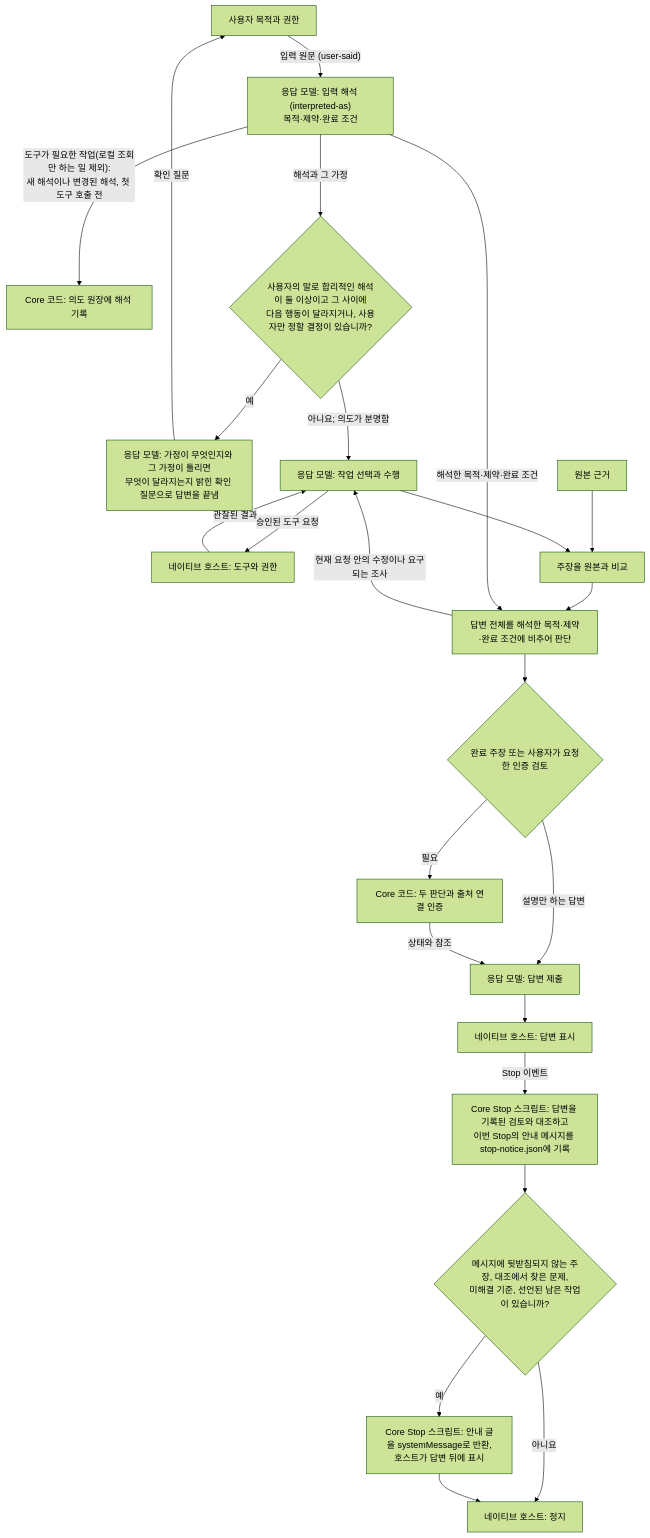
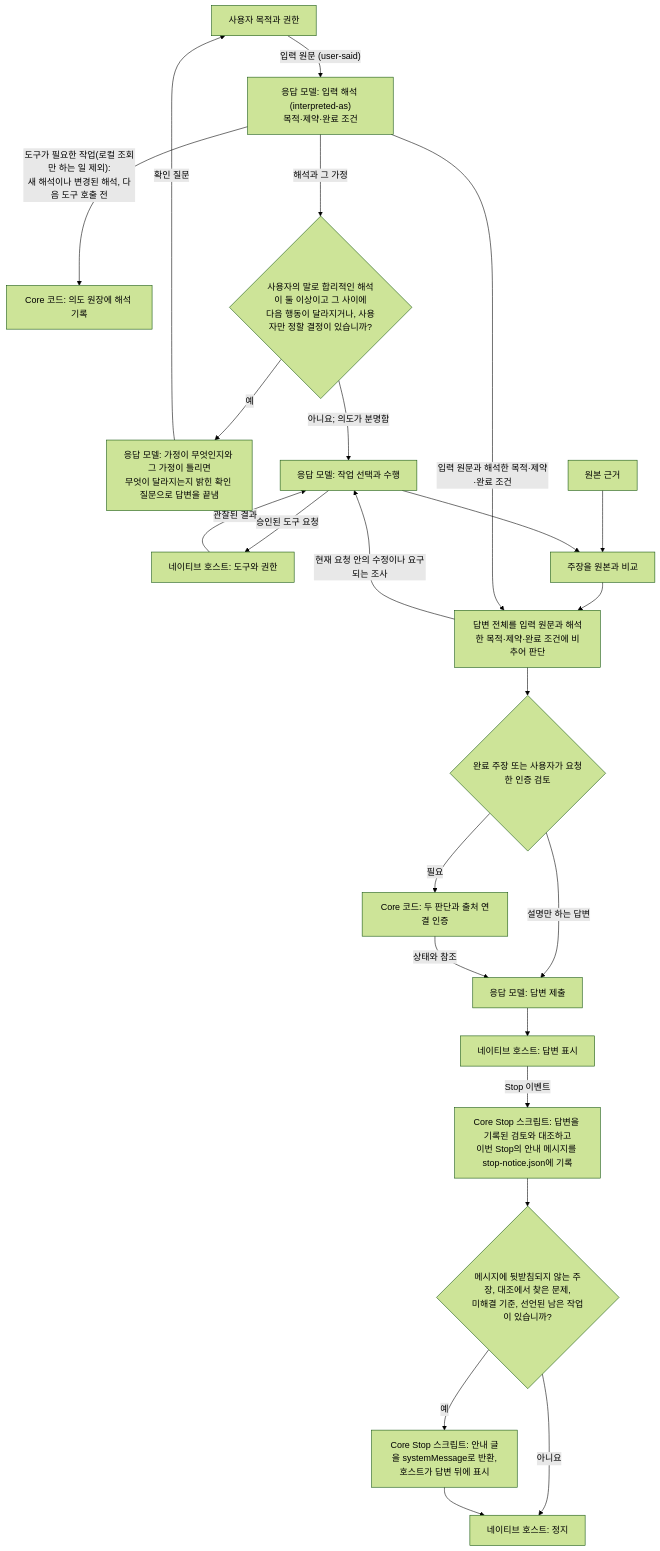
The second of 7 diagrams in architecture_ko.md (AidALL/ghost-alice), drawn with Mermaid (forest theme) before and after one commit. The commit also changed 6 other files, not shown here.

````diff
--- a/architecture_ko.md
+++ b/architecture_ko.md
@@ -49,26 +49,26 @@
 ```mermaid
 flowchart TD
   U["사용자 목적과 권한"] -->|"입력 원문 (user-said)"| I["응답 모델: 입력 해석 (interpreted-as)<br/>목적·제약·완료 조건"]
-  I -->|"도구가 필요한 작업(로컬 조회만 하는 일 제외):<br/>새 해석이나 변경된 해석, 첫 도구 호출 전"| L["Core 코드: 의도 원장에 해석 기록"]
+  I -->|"도구가 필요한 작업(로컬 조회만 하는 일 제외):<br/>새 해석이나 변경된 해석, 다음 도구 호출 전"| L["Core 코드: 의도 원장에 해석 기록"]
   I -->|해석과 그 가정| Q{"사용자의 말로 합리적인 해석이 둘 이상이고 그 사이에<br/>다음 행동이 달라지거나, 사용자만 정할 결정이 있습니까?"}
   Q -->|예| K["응답 모델: 가정이 무엇인지와 그 가정이 틀리면<br/>무엇이 달라지는지 밝힌 확인 질문으로 답변을 끝냄"]
   K -->|확인 질문| U
   Q -->|"아니요; 의도가 분명함"| M["응답 모델: 작업 선택과 수행"]
   M -->|승인된 도구 요청| T["네이티브 호스트: 도구와 권한"]
   T -->|관찰된 결과| M
   O["원본 근거"] --> J["주장을 원본과 비교"]
   M --> J
-  J --> W["답변 전체를 해석한 목적·제약·완료 조건에 비추어 판단"]
-  I -->|"해석한 목적·제약·완료 조건"| W
+  J --> W["답변 전체를 입력 원문과 해석한 목적·제약·완료 조건에 비추어 판단"]
+  I -->|"입력 원문과 해석한 목적·제약·완료 조건"| W
   W -->|현재 요청 안의 수정이나 요구되는 조사| M
   W --> R{"완료 주장 또는 사용자가 요청한 인증 검토"}
   R -->|필요| C["Core 코드: 두 판단과 출처 연결 인증"]
   R -->|설명만 하는 답변| D["응답 모델: 답변 제출"]
   C -->|상태와 참조| D
   D --> H["네이티브 호스트: 답변 표시"]
   H -->|Stop 이벤트| SR["Core Stop 스크립트: 답변을 기록된 검토와 대조하고<br/>이번 Stop의 안내 메시지를 stop-notice.json에 기록"]
   SR --> S{"메시지에 뒷받침되지 않는 주장, 대조에서 찾은 문제,<br/>미해결 기준, 선언된 남은 작업이 있습니까?"}
   S -->|예| N["Core Stop 스크립트: 안내 글을 systemMessage로 반환,<br/>호스트가 답변 뒤에 표시"]
   S -->|아니요| E["네이티브 호스트: 정지"]
   N --> E
 ```
````
